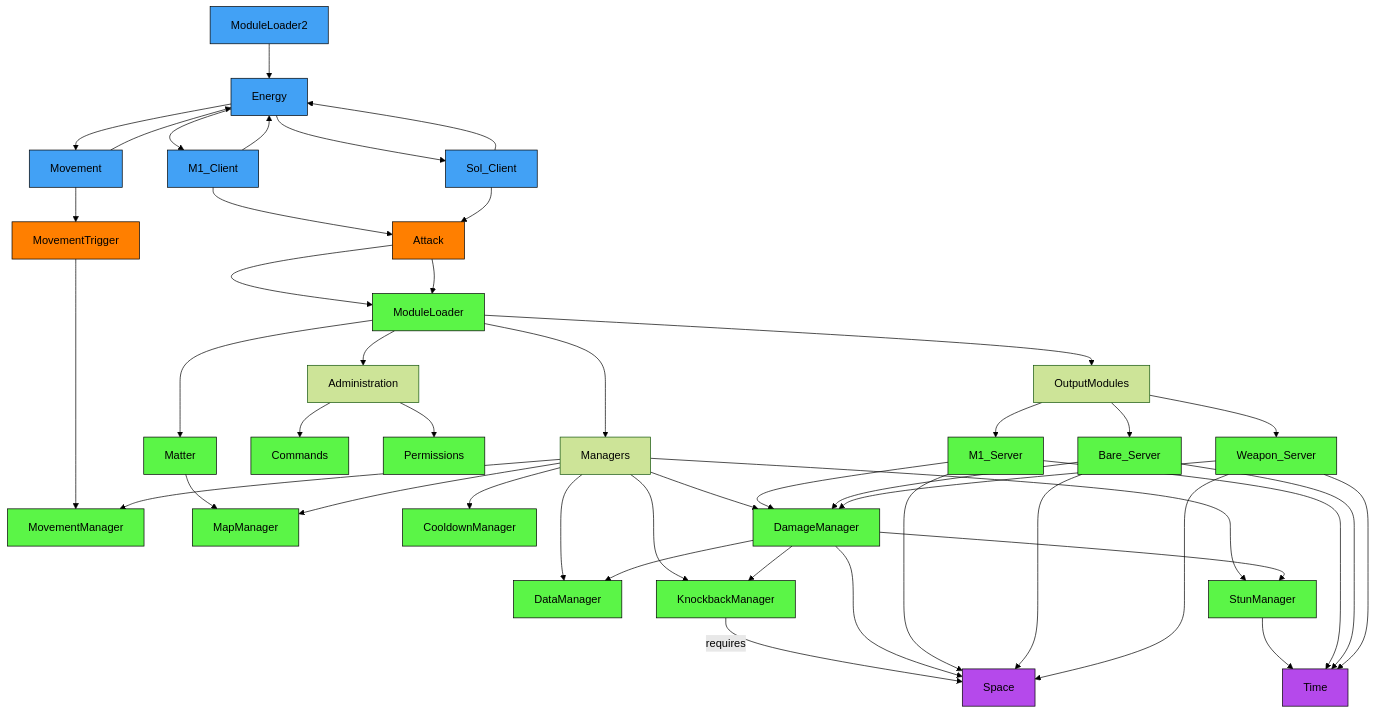
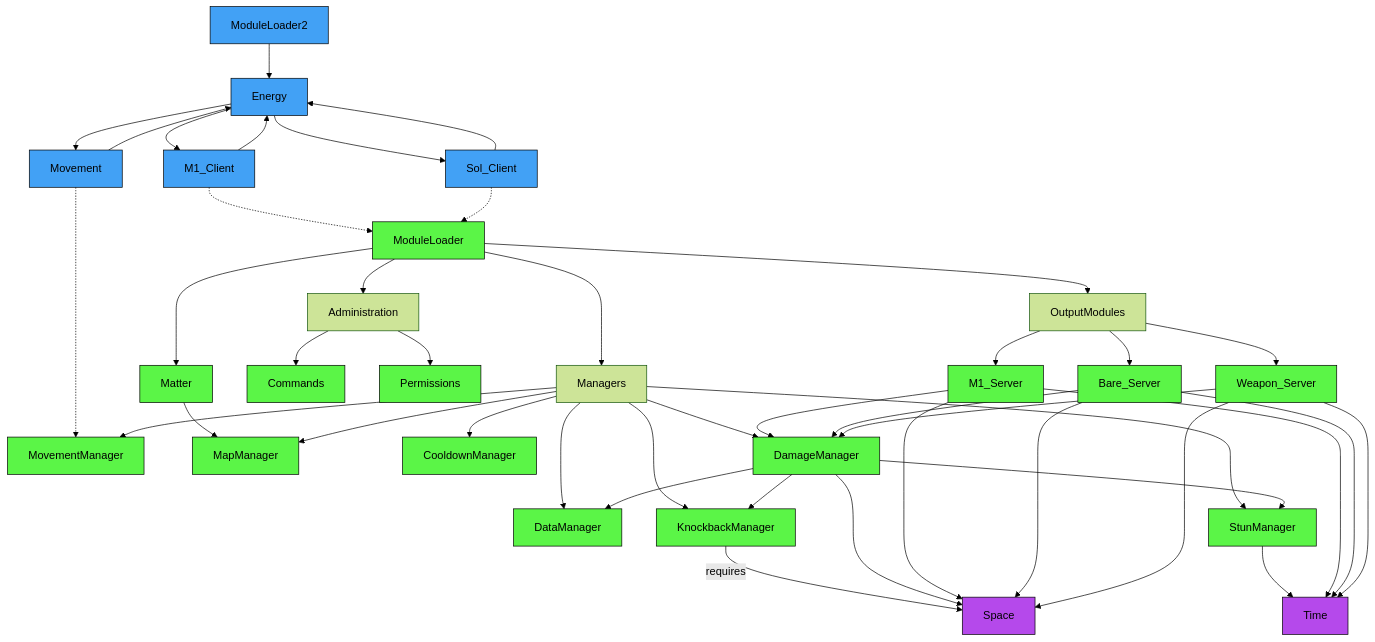
Before and after one commit to altair5607249/Crusaders-Game: the diagram in README.md, drawn with Mermaid (forest theme).

````diff
--- a/README.md
+++ b/README.md
@@ -26,48 +26,46 @@
 ```mermaid
 graph TD;
 
   classDef serverNode fill:#5bf547,stroke:#000000,color:#000000
   classDef clientNode fill:#42a1f5,stroke:#000000,color:#000000
-  classDef remoteEvent fill:#FF7F00,stroke:#000000,color:#000000
   classDef universalNode fill:#b549eb,stroke:#000000,color:#000000
 
   ModuleLoader2-->Energy;
   Energy-->M1_Client-->Energy;
   Energy-->Sol_Client-->Energy;
   Energy-->Movement-->Energy;
-  M1_Client-->Attack-->ModuleLoader;
-  Sol_Client-->Attack-->ModuleLoader;
-  Movement-->MovementTrigger-->MovementManager;
+  M1_Client-.->ModuleLoader;
+  Sol_Client-.->ModuleLoader;
+  Movement-.->MovementManager;
   ModuleLoader-->Administration;
   ModuleLoader-->Managers;
   ModuleLoader-->OutputModules;
   ModuleLoader-->Matter-->MapManager;
   Administration-->Commands;
   Administration-->Permissions;
   Managers-->CooldownManager;
   Managers-->DamageManager;
   Managers-->DataManager;
   Managers-->KnockbackManager;
   Managers-->MapManager;
   Managers-->MovementManager;
   Managers-->StunManager-->Time;
   OutputModules-->M1_Server-->DamageManager;
   OutputModules-->Bare_Server-->DamageManager;
   OutputModules-->Weapon_Server-->DamageManager;
   KnockbackManager-->|requires| Space;
   DamageManager-->Space;
   DamageManager-->DataManager;
   DamageManager-->KnockbackManager;
   DamageManager-->StunManager;
   M1_Server-->Time;
   Bare_Server-->Time;
   Weapon_Server-->Time;
   M1_Server-->Space;
   Bare_Server-->Space;
   Weapon_Server-->Space;
 
   class ModuleLoader,M1_Server,Bare_Server,Weapon_Server,MovementManager,Commands,Permissions,CooldownManager,DamageManager,DataManager,KnockbackManager,MapManager,MovementManager,StunManager,Matter serverNode;
   class ModuleLoader2,Energy,M1_Client,Sol_Client,Movement clientNode;
-  class Attack,MovementTrigger remoteEvent;
   class Space,Time universalNode;
 ```
````
